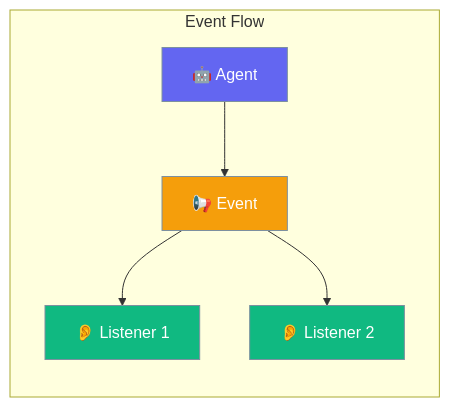
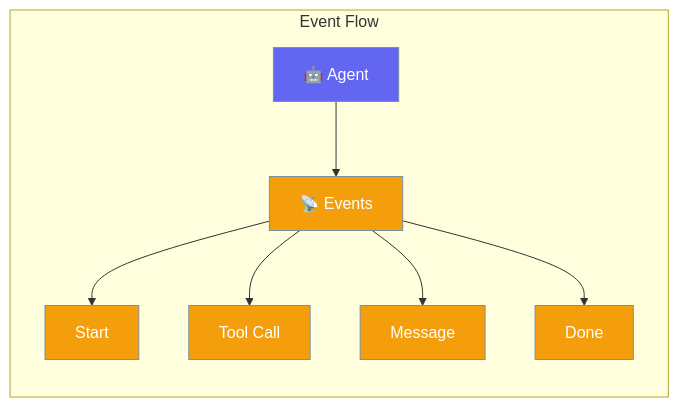
One commit to MervinPraison/PraisonAIDocs changed the diagram in docs/rust/events.mdx. Above: the diagram before and after it, drawn with Mermaid. The commit also changed other lines of this file and 87 other files, not shown here.

````diff
--- a/docs/rust/events.mdx
+++ b/docs/rust/events.mdx
@@ -10,16 +10,16 @@
 ```mermaid
 graph LR
     subgraph "Event Flow"
-        A[🤖 Agent] --> E[📢 Event]
-        E --> L1[👂 Listener 1]
-        E --> L2[👂 Listener 2]
+        A[🤖 Agent] --> E[📡 Events]
+        E --> S[Start]
+        E --> T[Tool Call]
+        E --> M[Message]
+        E --> D[Done]
     end
     
     classDef agent fill:#6366F1,stroke:#7C90A0,color:#fff
     classDef event fill:#F59E0B,stroke:#7C90A0,color:#fff
-    classDef listener fill:#10B981,stroke:#7C90A0,color:#fff
     
     class A agent
-    class E event
-    class L1,L2 listener
+    class E,S,T,M,D event
 ```
````
